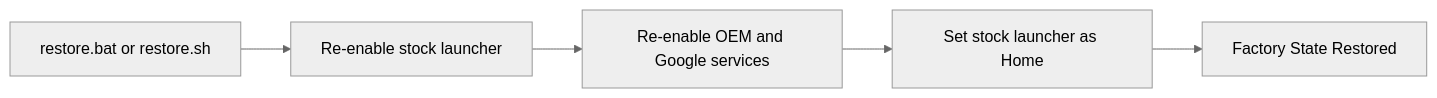
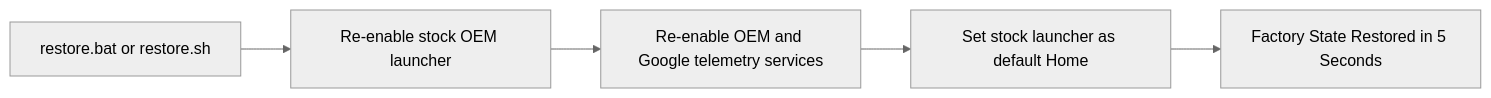
Before and after one commit to Rishisharma029/CleanTV-Home: the sixth of 6 diagrams in README.md, drawn with Mermaid (neutral theme). The commit also changed other lines of this file, not shown here.

Commit message:
docs: comprehensive README update with architectures, flowcharts, profiles, debloater, and navigation maps

````diff
--- a/README.md
+++ b/README.md
@@ -140,7 +317,7 @@
 ```mermaid
 graph LR
-    A["restore.bat or restore.sh"] --> B["Re-enable stock launcher"]
-    B --> C["Re-enable OEM and Google services"]
-    C --> D["Set stock launcher as Home"]
-    D --> E["Factory State Restored"]
+    A["restore.bat or restore.sh"] --> B["Re-enable stock OEM launcher"]
+    B --> C["Re-enable OEM and Google telemetry services"]
+    C --> D["Set stock launcher as default Home"]
+    D --> E["Factory State Restored in 5 Seconds"]
 ```
````
